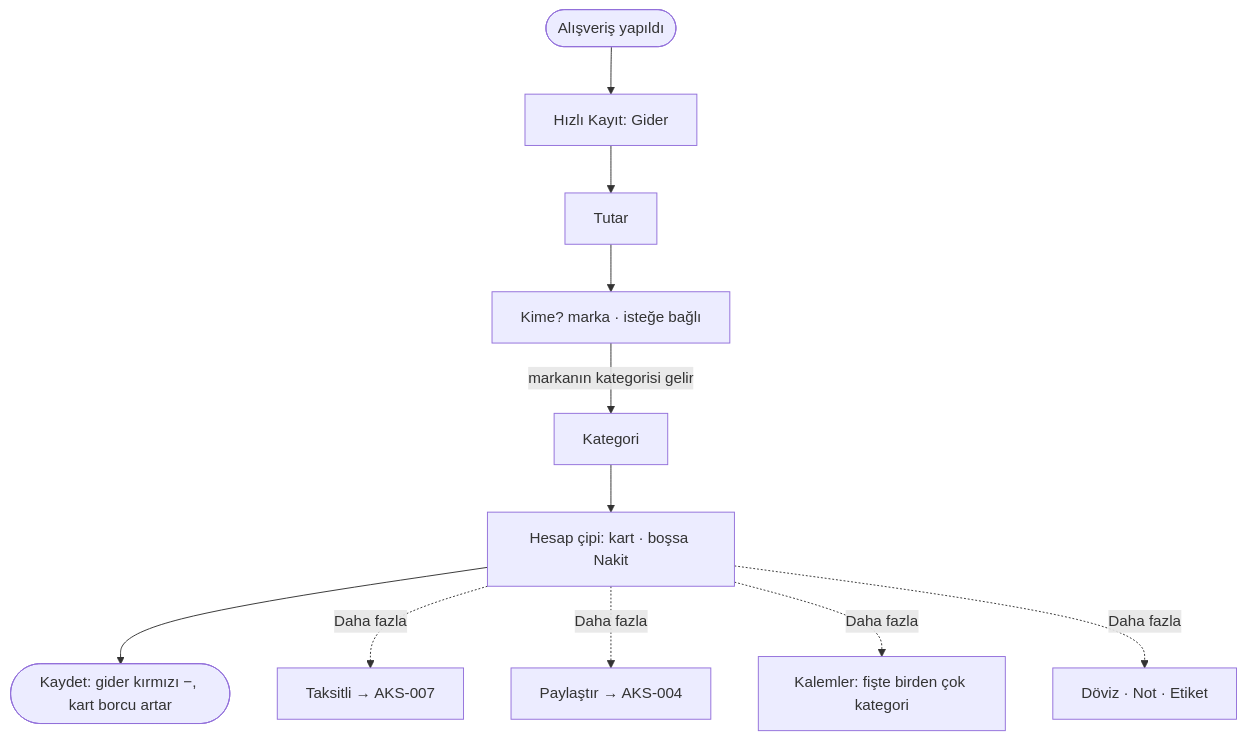
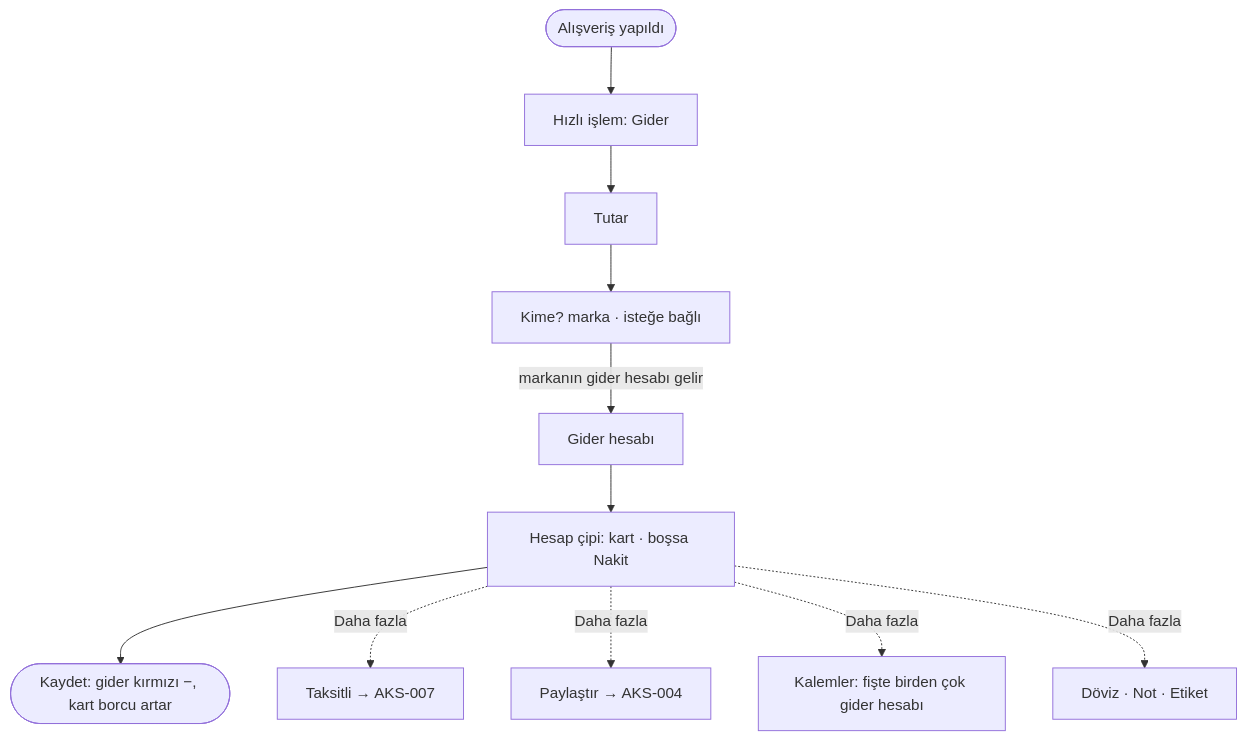
One commit to akderelianil/aa-finance changed the diagram in docs/ux/akislar/AKS-001-kartla-alisveris.md. Above: the diagram before and after it, drawn with Mermaid. The commit also changed other lines of this file and 18 other files, not shown here.

````diff
--- a/docs/ux/akislar/AKS-001-kartla-alisveris.md
+++ b/docs/ux/akislar/AKS-001-kartla-alisveris.md
@@ -15,13 +15,13 @@
 ```mermaid
 flowchart TD
-  A([Alışveriş yapıldı]) --> B[Hızlı Kayıt: Gider]
+  A([Alışveriş yapıldı]) --> B[Hızlı işlem: Gider]
   B --> C[Tutar]
   C --> I[Kime? marka · isteğe bağlı]
-  I -- markanın kategorisi gelir --> F[Kategori]
+  I -- markanın gider hesabı gelir --> F[Gider hesabı]
   F --> D[Hesap çipi: kart · boşsa Nakit]
   D --> G([Kaydet: gider kırmızı −, kart borcu artar])
   D -. Daha fazla .-> J[Taksitli → AKS-007]
   D -. Daha fazla .-> K[Paylaştır → AKS-004]
-  D -. Daha fazla .-> L[Kalemler: fişte birden çok kategori]
+  D -. Daha fazla .-> L[Kalemler: fişte birden çok gider hesabı]
   D -. Daha fazla .-> M[Döviz · Not · Etiket]
 ```
````
